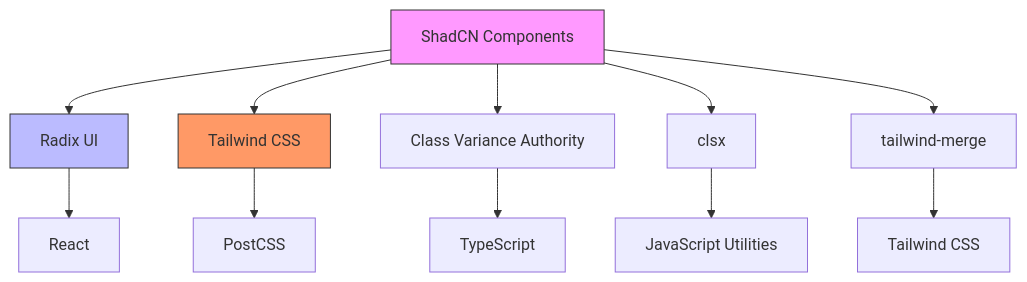
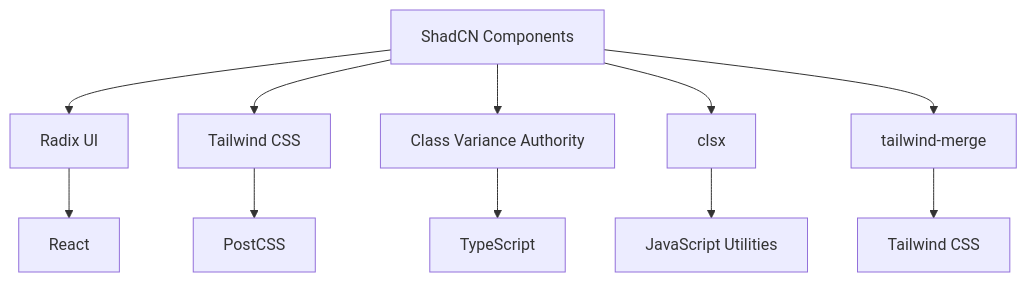
The seventh of 7 diagrams in .qoder/repowiki/en/content/Component Architecture/UI Component Library Integration.md (mohjak/sc-dof), drawn with Mermaid before and after one commit. The commit also changed other lines of this file and 68 other files, not shown here.

First line of the commit message:
docs(docs): update component architecture docs with markdown formatting fixes

````diff
--- a/.qoder/repowiki/en/content/Component Architecture/UI Component Library Integration.md
+++ b/.qoder/repowiki/en/content/Component Architecture/UI Component Library Integration.md
@@ -224,16 +222,13 @@
 ```mermaid
 graph TD
 A[ShadCN Components] --> B[Radix UI]
 A --> C[Tailwind CSS]
 A --> D[Class Variance Authority]
 A --> E[clsx]
 A --> F[tailwind-merge]
 B --> G[React]
 C --> H[PostCSS]
 D --> I[TypeScript]
 E --> J[JavaScript Utilities]
 F --> K[Tailwind CSS]
-style A fill:#f9f,stroke:#333
-style B fill:#bbf,stroke:#333
-style C fill:#f96,stroke:#333
 ```
````
